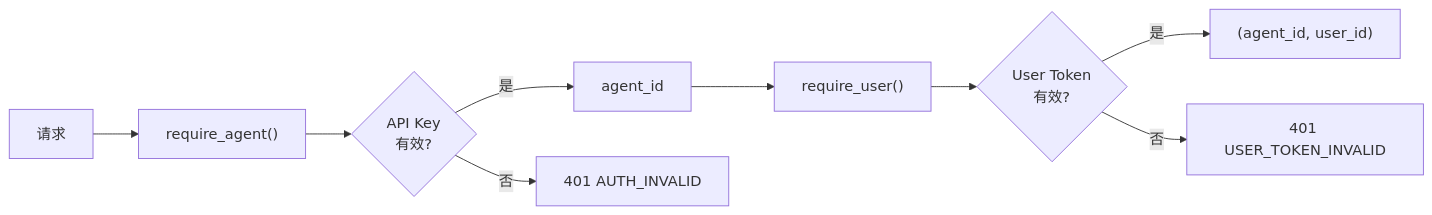
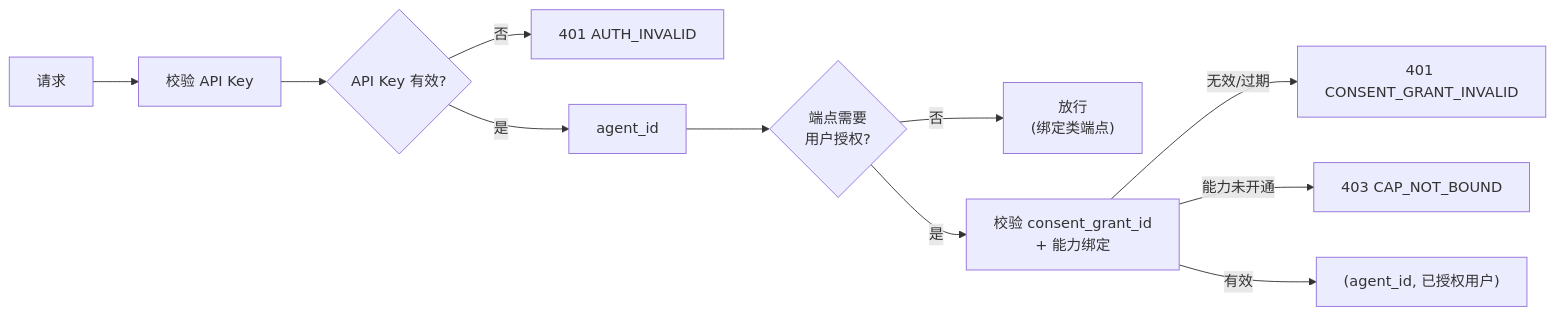
Before and after one commit to clawdot/docs: the diagram in gateway/authentication.mdx, drawn with Mermaid. The commit also changed other lines of this file and 96 other files, not shown here.

````diff
--- a/gateway/authentication.mdx
+++ b/gateway/authentication.mdx
@@ -10,11 +10,13 @@
 ```mermaid
 flowchart LR
-  A["请求"] --> B["require_agent()"]
-  B --> C{"API Key\n有效?"}
+  A["请求"] --> B["校验 API Key"]
+  B --> C{"API Key 有效?"}
+  C -- 否 --> E["401 AUTH_INVALID"]
   C -- 是 --> D["agent_id"]
-  C -- 否 --> E["401 AUTH_INVALID"]
-  D --> F["require_user()"]
-  F --> G{"User Token\n有效?"}
-  G -- 是 --> H["(agent_id, user_id)"]
-  G -- 否 --> I["401 USER_TOKEN_INVALID"]
+  D --> F{"端点需要<br/>用户授权?"}
+  F -- 否 --> Z["放行<br/>(绑定类端点)"]
+  F -- 是 --> G["校验 consent_grant_id<br/>+ 能力绑定"]
+  G -- 无效/过期 --> H["401 CONSENT_GRANT_INVALID"]
+  G -- 能力未开通 --> I["403 CAP_NOT_BOUND"]
+  G -- 有效 --> J["(agent_id, 已授权用户)"]
 ```
````
